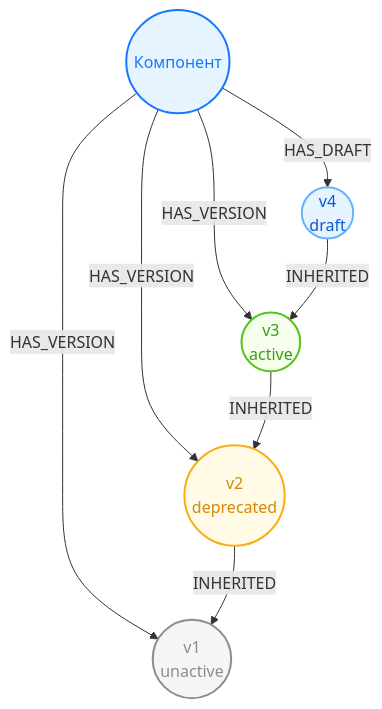
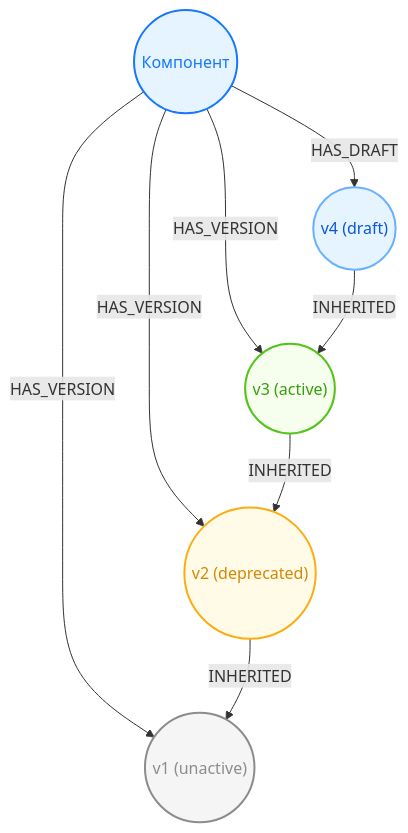
Before and after one commit to Goodzonchik/stellode: the fourth of 6 diagrams in apps/frontend/public/help/guides/components.md, drawn with Mermaid. The commit also changed other lines of this file and 9 other files, not shown here.

````diff
--- a/apps/frontend/public/help/guides/components.md
+++ b/apps/frontend/public/help/guides/components.md
@@ -75,25 +60,25 @@
 ```mermaid
 flowchart TB
   Component((Компонент))
-  CV1(("v1<br/>unactive"))
-  CV2(("v2<br/>deprecated"))
-  CV3(("v3<br/>active"))
-  CV4(("v4<br/>draft"))
+  CV1(("v1 (unactive)"))
+  CV2(("v2 (deprecated)"))
+  CV3(("v3 (active)"))
+  CV4(("v4 (draft)"))
   Component -->|HAS_VERSION| CV1
   Component -->|HAS_VERSION| CV2
   Component -->|HAS_VERSION| CV3
   Component -->|HAS_DRAFT| CV4
   CV2 -->|INHERITED| CV1
   CV3 -->|INHERITED| CV2
   CV4 -->|INHERITED| CV3
   classDef component fill:#E6F4FF,stroke:#1677FF,color:#1677FF,stroke-width:2px
   classDef unactive fill:#F5F5F5,stroke:#8C8C8C,color:#8C8C8C,stroke-width:2px
   classDef deprecated fill:#FFFBE6,stroke:#FAAD14,color:#D48806,stroke-width:2px
   classDef active fill:#F6FFED,stroke:#52C41A,color:#389E0D,stroke-width:2px
   classDef draft fill:#E6F4FF,stroke:#69B1FF,color:#0958D9,stroke-width:2px
   class Component component
   class CV1 unactive
   class CV2 deprecated
   class CV3 active
   class CV4 draft
 ```
````
